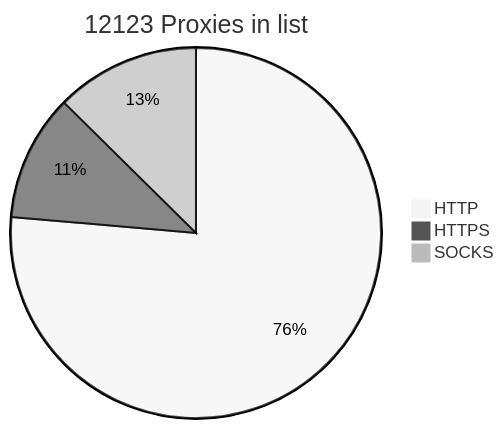
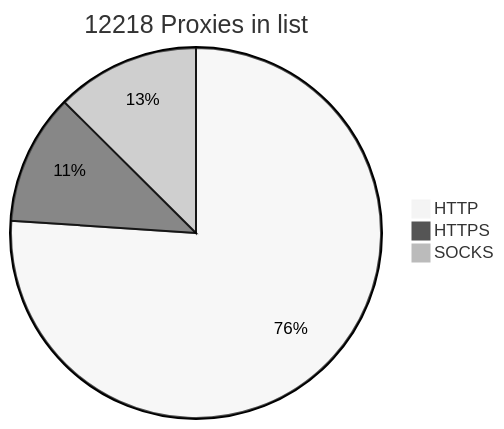
The diagram in README.md (BlackSnowDot/proxylist-update-every-minute), drawn with Mermaid (neutral theme) before and after one commit. The commit also changed other lines of this file, not shown here.

````diff
--- a/README.md
+++ b/README.md
@@ -2,6 +2,6 @@
 ```mermaid
-pie title 12123 Proxies in list
-    "HTTP" : 9387
-    "HTTPS": 1355
-    "SOCKS" : 1548
+pie title 12218 Proxies in list
+    "HTTP" : 9425
+    "HTTPS": 1412
+    "SOCKS" : 1555
 ```
````
